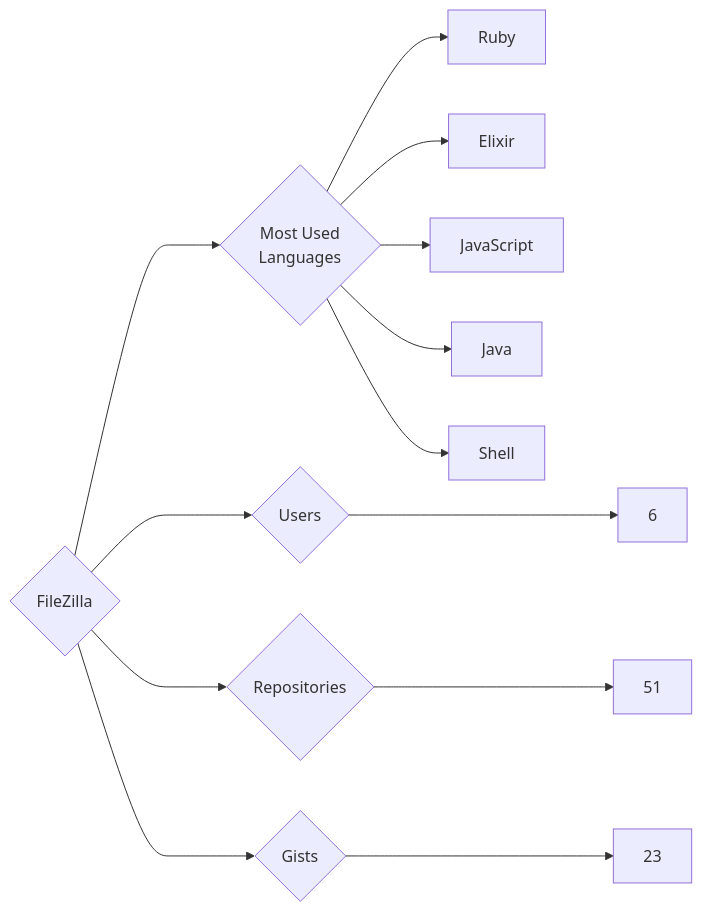
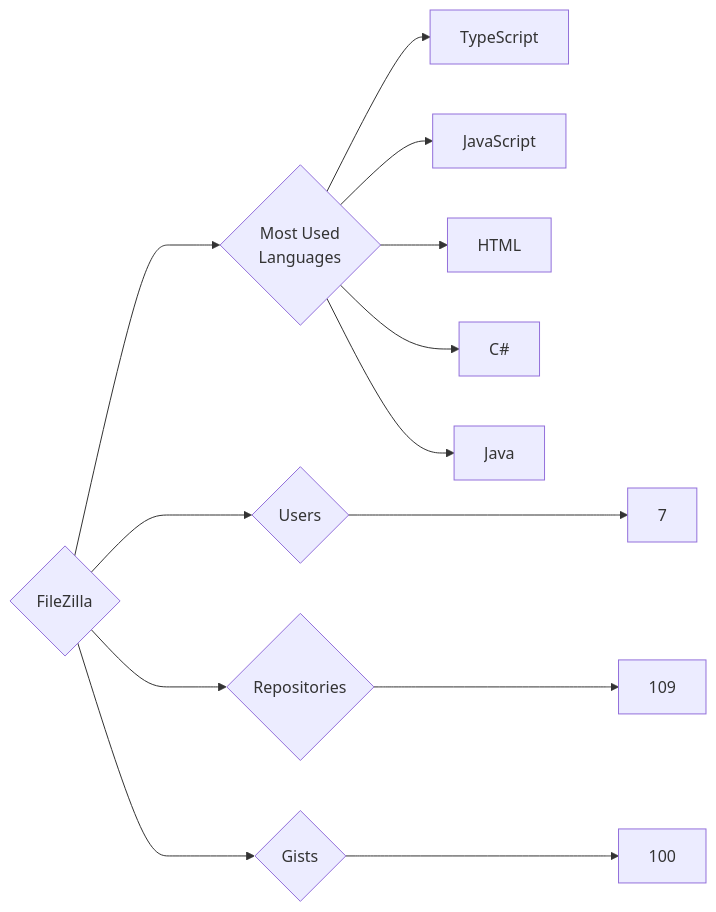
The diagram in targets/FileZilla/README.md (trickest/insiders), drawn with Mermaid before and after one commit. The commit also changed 1195 other files, not shown here.

````diff
--- a/targets/FileZilla/README.md
+++ b/targets/FileZilla/README.md
@@ -3,13 +3,13 @@
 ```mermaid
 graph LR
 COMPANY_NAME{FileZilla}
-COMPANY_NAME ---> U{Users} ---> UN[6]
-COMPANY_NAME ---> R{Repositories} ---> RN[51]
-COMPANY_NAME ---> G{Gists} ---> GN[23]
+COMPANY_NAME ---> U{Users} ---> UN[7]
+COMPANY_NAME ---> R{Repositories} ---> RN[109]
+COMPANY_NAME ---> G{Gists} ---> GN[100]
 COMPANY_NAME ---> ML{Most Used<br>Languages}
-ML --> Ruby[Ruby]
-ML --> Elixir[Elixir]
+ML --> TypeScript[TypeScript]
 ML --> JavaScript[JavaScript]
+ML --> HTML[HTML]
+ML --> C#[C#]
 ML --> Java[Java]
-ML --> Shell[Shell]
 ```
````
